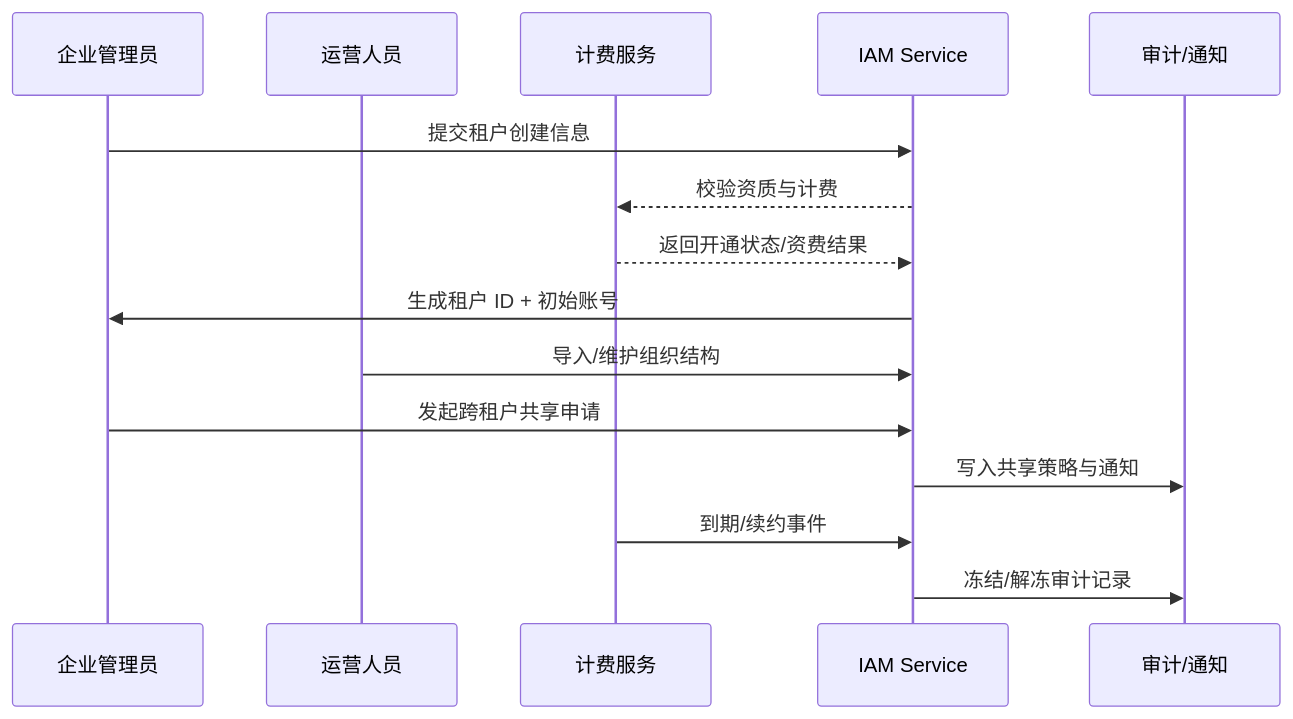
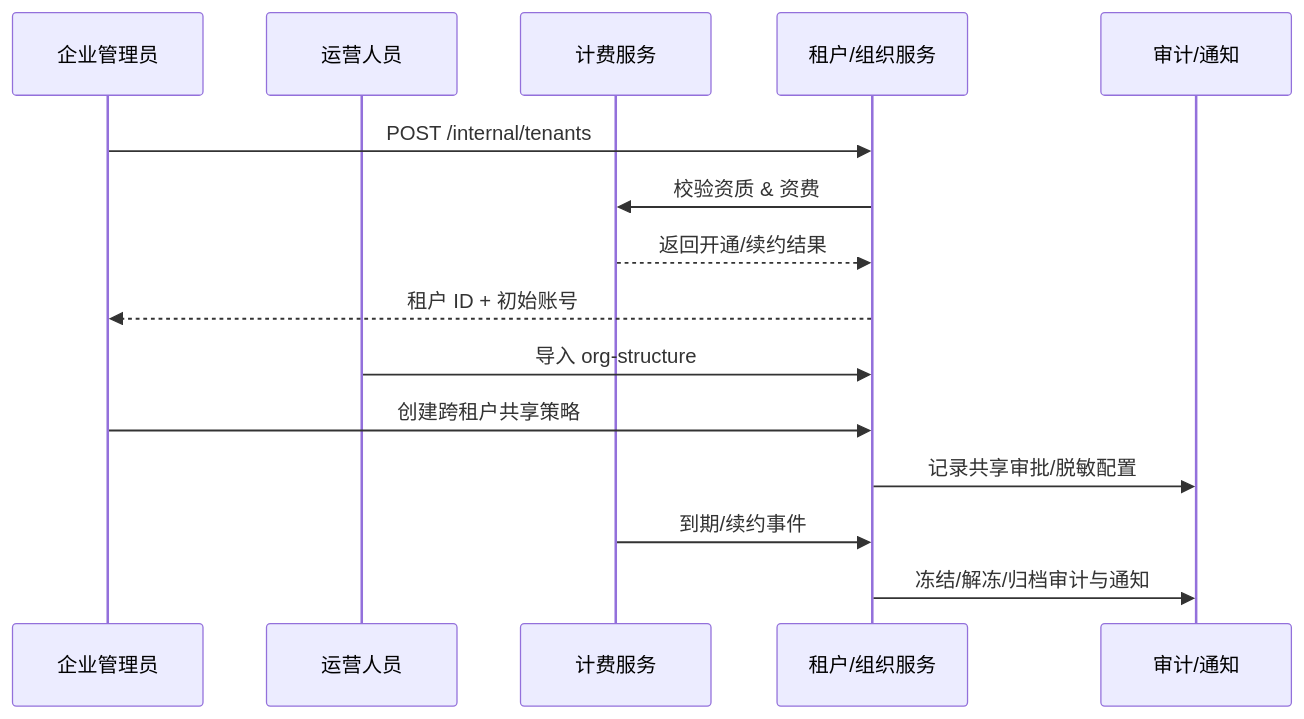
The diagram in docs/use_cases/_from_hub/SCN-IAM-MULTI-TENANT-001/SCN-IAM-MULTI-TENANT-001.md (ArtisanCloud/PowerX), drawn with Mermaid before and after one commit. The commit also changed other lines of this file, not shown here.

Commit message:
docs: sync usecase seeds for SCN-IAM-MULTI-TENANT-001

````diff
--- a/docs/use_cases/_from_hub/SCN-IAM-MULTI-TENANT-001/SCN-IAM-MULTI-TENANT-001.md
+++ b/docs/use_cases/_from_hub/SCN-IAM-MULTI-TENANT-001/SCN-IAM-MULTI-TENANT-001.md
@@ -84,18 +75,18 @@
 ```mermaid
 sequenceDiagram
   participant Admin as 企业管理员
   participant Ops as 运营人员
   participant Billing as 计费服务
-  participant IAM as IAM Service
+  participant TenantSvc as 租户/组织服务
   participant Audit as 审计/通知
 
-  Admin->>IAM: 提交租户创建信息
-  IAM-->>Billing: 校验资质与计费
-  Billing-->>IAM: 返回开通状态/资费结果
-  IAM->>Admin: 生成租户 ID + 初始账号
-  Ops->>IAM: 导入/维护组织结构
-  Admin->>IAM: 发起跨租户共享申请
-  IAM->>Audit: 写入共享策略与通知
-  Billing->>IAM: 到期/续约事件
-  IAM->>Audit: 冻结/解冻审计记录
+  Admin->>TenantSvc: POST /internal/tenants
+  TenantSvc->>Billing: 校验资质 & 资费
+  Billing-->>TenantSvc: 返回开通/续约结果
+  TenantSvc-->>Admin: 租户 ID + 初始账号
+  Ops->>TenantSvc: 导入 org-structure
+  Admin->>TenantSvc: 创建跨租户共享策略
+  TenantSvc->>Audit: 记录共享审批/脱敏配置
+  Billing->>TenantSvc: 到期/续约事件
+  TenantSvc->>Audit: 冻结/解冻/归档审计与通知
 ```
````
